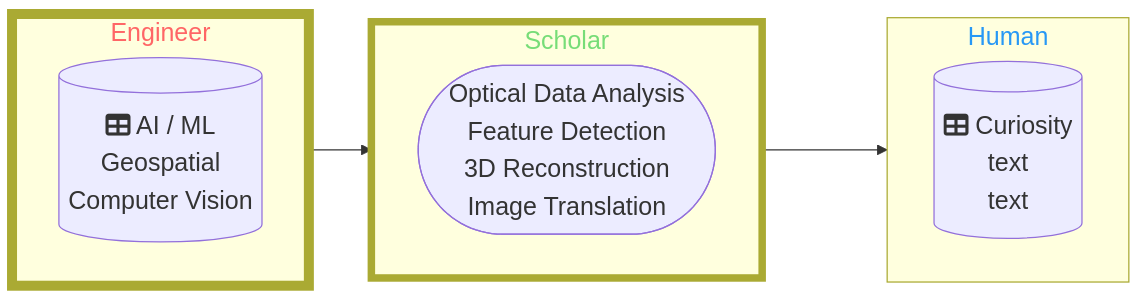
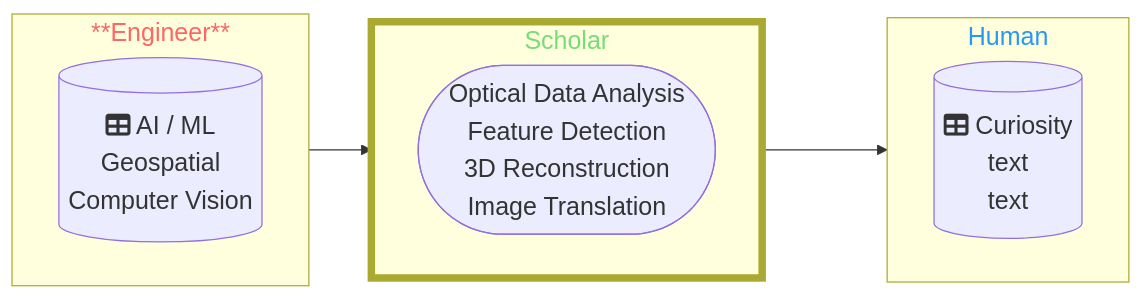
Before and after one commit to DippoldEJ/DippoldEJ: the first of 2 diagrams in README.md, drawn with Mermaid.

````diff
--- a/README.md
+++ b/README.md
@@ -3,33 +3,33 @@
 ```mermaid
 flowchart LR;
 %%{init: {
 	'themeVariables': { 'fontSize': '20px', 'fontFamily': 'Didot'}
 	}
 }%%
 
-subgraph n[Engineer]
+subgraph n[**Engineer**]
 direction LR;
         b[(fa:fa-table AI / ML <br> Geospatial <br> Computer Vision)]
     end
 
 subgraph o[Scholar]
 direction LR;
         j([Optical Data Analysis <br> Feature Detection <br> 3D Reconstruction <br> Image Translation])
 
     end
 
  subgraph p[Human]
   direction LR;
     a[(fa:fa-table Curiosity <br> text <br> text)]
     end
 
-style n color:#f66, stroke-width:8px
+style n color:#f66
 style o stroke-width:6px
 style o color:#77DD77
 style p color:#2798F5
 
 
 n-->o
 o-->p
 
 ```
````
